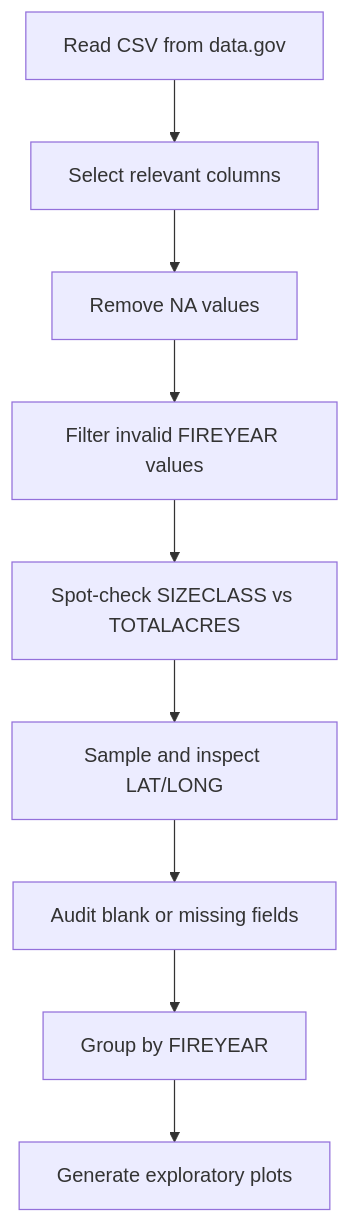
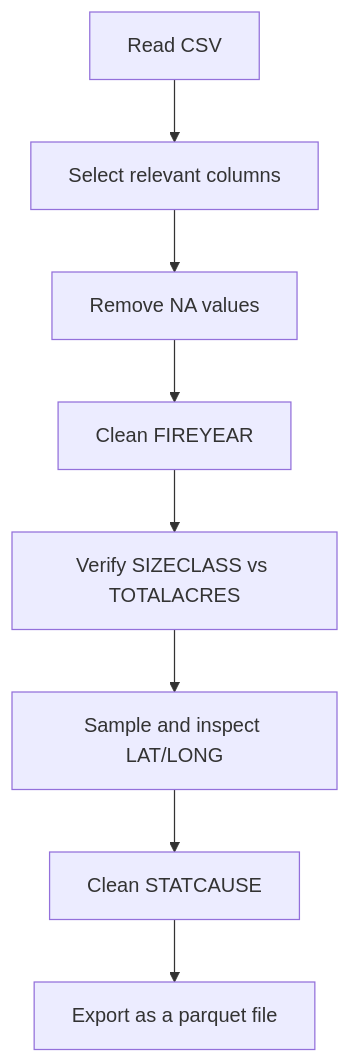
One commit to nathanrethwisch/FinalProjectDS4010A changed the first of 2 diagrams in report/index.qmd. Above: the diagram before and after it, drawn with Mermaid. The commit also changed other lines of this file, not shown here.

````diff
--- a/report/index.qmd
+++ b/report/index.qmd
@@ -109,11 +111,10 @@
 ```mermaid
   graph TD
-    A[Read CSV from data.gov] --> B[Select relevant columns]
+    A[Read CSV] --> B[Select relevant columns]
     B --> C[Remove NA values]
-    C --> D[Filter invalid FIREYEAR values]
-    D --> E[Spot-check SIZECLASS vs TOTALACRES]
+    C --> D[Clean FIREYEAR ]
+    D --> E[Verify SIZECLASS vs TOTALACRES]
     E --> F[Sample and inspect LAT/LONG]
-    F --> G[Audit blank or missing fields]
-    G --> H[Group by FIREYEAR]
-    H --> I[Generate exploratory plots]
+    F --> G[Clean STATCAUSE]
+    G --> H[Export as a parquet file]
 ```
````
